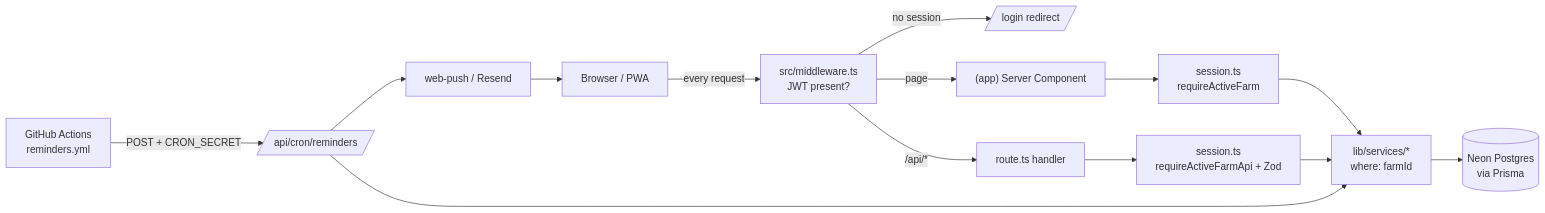
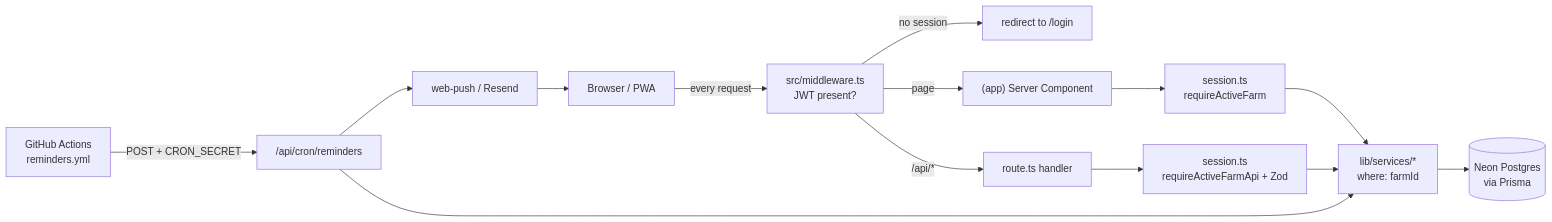
Before and after one commit to marraz1/ChickensFarm: the diagram in docs/architecture.md, drawn with Mermaid.

Commit message:
docs: quote mermaid labels in architecture overview (#72)
Claude-Session: https://claude.ai/code/session_01EfM21LSgGEKo5BLwoNwbXU

````diff
--- a/docs/architecture.md
+++ b/docs/architecture.md
@@ -37,15 +37,15 @@
 ```mermaid
 flowchart LR
-  B[Browser / PWA] -->|every request| M[src/middleware.ts<br/>JWT present?]
-  M -->|no session| L[/login redirect/]
-  M -->|page| P["(app) Server Component"]
-  M -->|/api/*| R[route.ts handler]
-  P --> S[session.ts<br/>requireActiveFarm]
-  R --> SA[session.ts<br/>requireActiveFarmApi + Zod]
-  S --> SV[lib/services/* <br/>where: farmId]
+  B["Browser / PWA"] -->|"every request"| M["src/middleware.ts<br/>JWT present?"]
+  M -->|"no session"| L["redirect to /login"]
+  M -->|"page"| P["(app) Server Component"]
+  M -->|"/api/*"| R["route.ts handler"]
+  P --> S["session.ts<br/>requireActiveFarm"]
+  R --> SA["session.ts<br/>requireActiveFarmApi + Zod"]
+  S --> SV["lib/services/*<br/>where: farmId"]
   SA --> SV
-  SV --> DB[(Neon Postgres<br/>via Prisma)]
-  GH[GitHub Actions<br/>reminders.yml] -->|POST + CRON_SECRET| C[/api/cron/reminders/]
+  SV --> DB[("Neon Postgres<br/>via Prisma")]
+  GH["GitHub Actions<br/>reminders.yml"] -->|"POST + CRON_SECRET"| C["/api/cron/reminders"]
   C --> SV
-  C --> WP[web-push / Resend] --> B
+  C --> WP["web-push / Resend"] --> B
 ```
````
